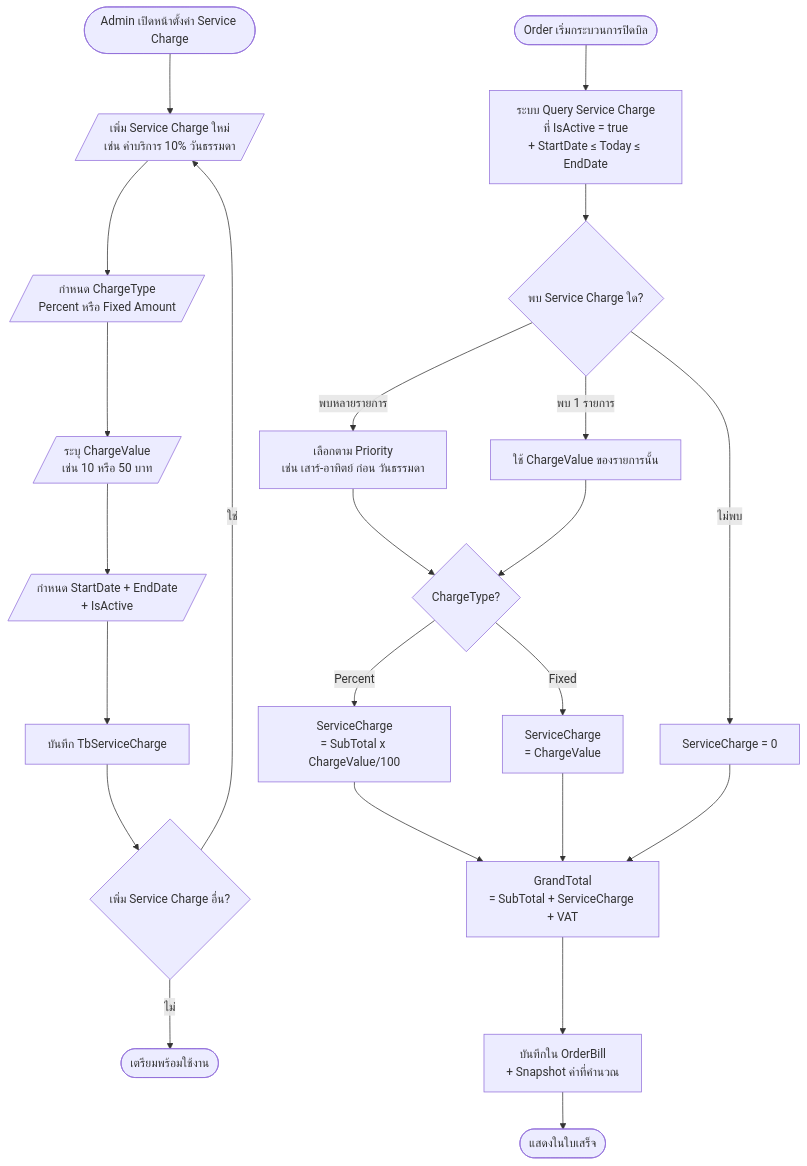
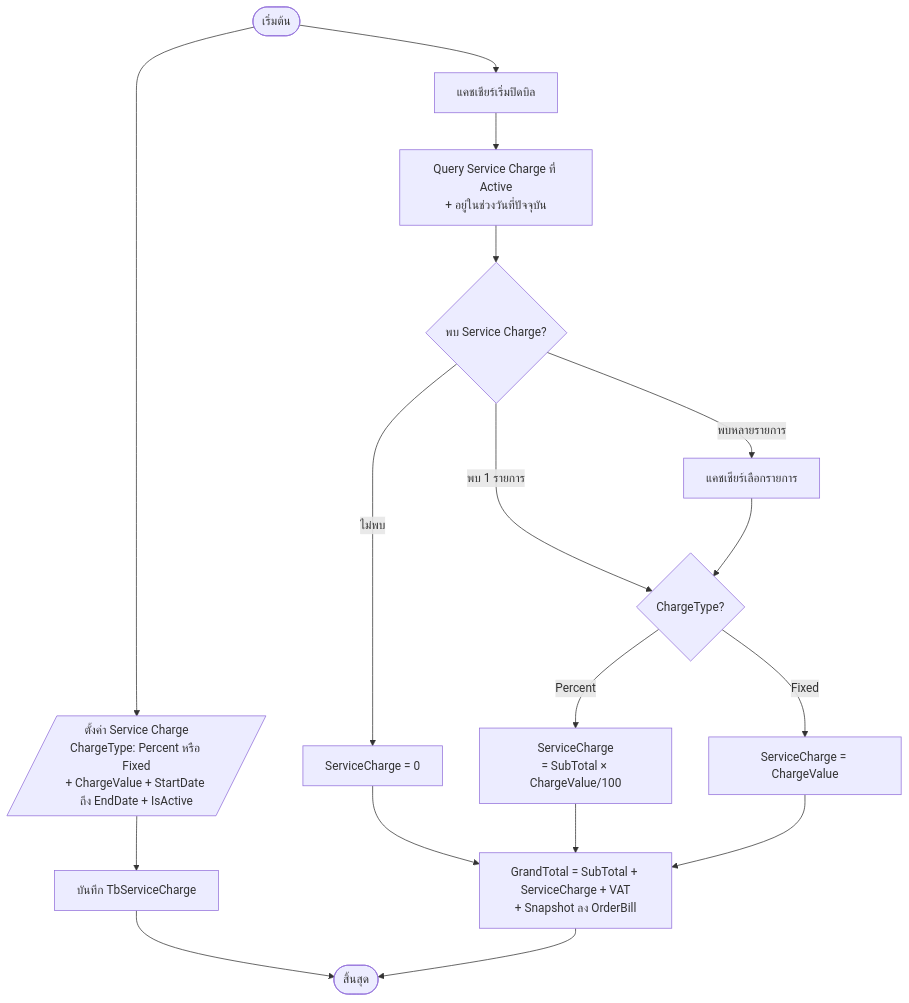
Before and after one commit to TurkPhakim/RBMS-POS-Website: the seventh of 28 diagrams in doc/report/05-chapter-3-design.md, drawn with Mermaid. The commit also changed other lines of this file and 7 other files, not shown here.

````diff
--- a/doc/report/05-chapter-3-design.md
+++ b/doc/report/05-chapter-3-design.md
@@ -424,25 +409,19 @@
 ```mermaid
 flowchart TD
-    A([Admin เปิดหน้าตั้งค่า Service Charge]) --> B[/เพิ่ม Service Charge ใหม่<br/>เช่น ค่าบริการ 10% วันธรรมดา/]
-    B --> C[/กำหนด ChargeType<br/>Percent หรือ Fixed Amount/]
-    C --> D[/ระบุ ChargeValue<br/>เช่น 10 หรือ 50 บาท/]
-    D --> E[/กำหนด StartDate + EndDate<br/>+ IsActive/]
-    E --> F[บันทึก TbServiceCharge]
-    F --> G{เพิ่ม Service Charge อื่น?}
-    G -- ใช่ --> B
-    G -- ไม่ --> H([เตรียมพร้อมใช้งาน])
-    I([Order เริ่มกระบวนการปิดบิล]) --> J[ระบบ Query Service Charge<br/>ที่ IsActive = true<br/>+ StartDate ≤ Today ≤ EndDate]
-    J --> K{พบ Service Charge ใด?}
-    K -- ไม่พบ --> L[ServiceCharge = 0]
-    K -- พบหลายรายการ --> M[เลือกตาม Priority<br/>เช่น เสาร์-อาทิตย์ ก่อน วันธรรมดา]
-    K -- พบ 1 รายการ --> N[ใช้ ChargeValue ของรายการนั้น]
-    M --> O{ChargeType?}
-    N --> O
-    O -- Percent --> P[ServiceCharge<br/>= SubTotal x ChargeValue/100]
-    O -- Fixed --> Q[ServiceCharge<br/>= ChargeValue]
-    P --> R[GrandTotal<br/>= SubTotal + ServiceCharge + VAT]
-    Q --> R
-    L --> R
-    R --> S[บันทึกใน OrderBill<br/>+ Snapshot ค่าที่คำนวณ]
-    S --> T([แสดงในใบเสร็จ])
+    Start([เริ่มต้น]) --> A[/ตั้งค่า Service Charge<br/>ChargeType: Percent หรือ Fixed<br/>+ ChargeValue + StartDate ถึง EndDate + IsActive/]
+    Start --> B[แคชเชียร์เริ่มปิดบิล]
+    A --> C[บันทึก TbServiceCharge]
+    B --> D[Query Service Charge ที่ Active<br/>+ อยู่ในช่วงวันที่ปัจจุบัน]
+    D --> E{พบ Service Charge?}
+    E -- ไม่พบ --> F[ServiceCharge = 0]
+    E -- พบหลายรายการ --> G[แคชเชียร์เลือกรายการ]
+    E -- พบ 1 รายการ --> H{ChargeType?}
+    G --> H
+    H -- Percent --> I[ServiceCharge<br/>= SubTotal × ChargeValue/100]
+    H -- Fixed --> J[ServiceCharge = ChargeValue]
+    F --> K[GrandTotal = SubTotal + ServiceCharge + VAT<br/>+ Snapshot ลง OrderBill]
+    I --> K
+    J --> K
+    C --> End([สิ้นสุด])
+    K --> End
 ```
````
